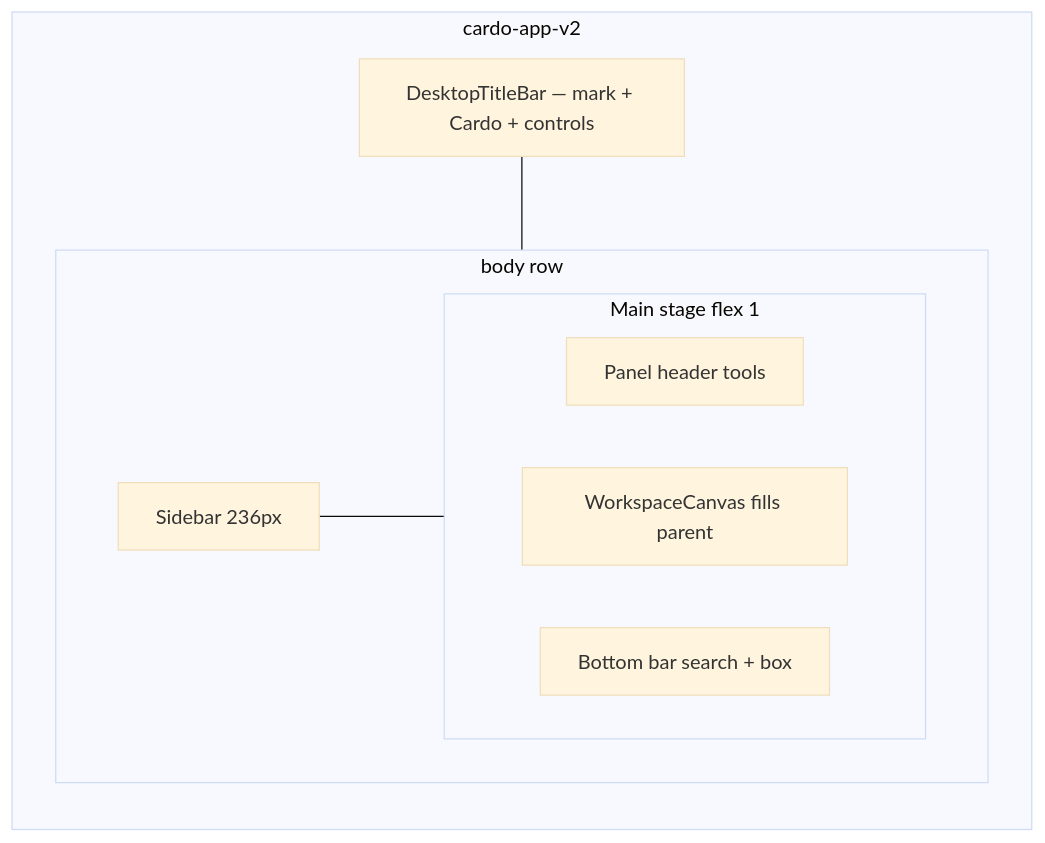
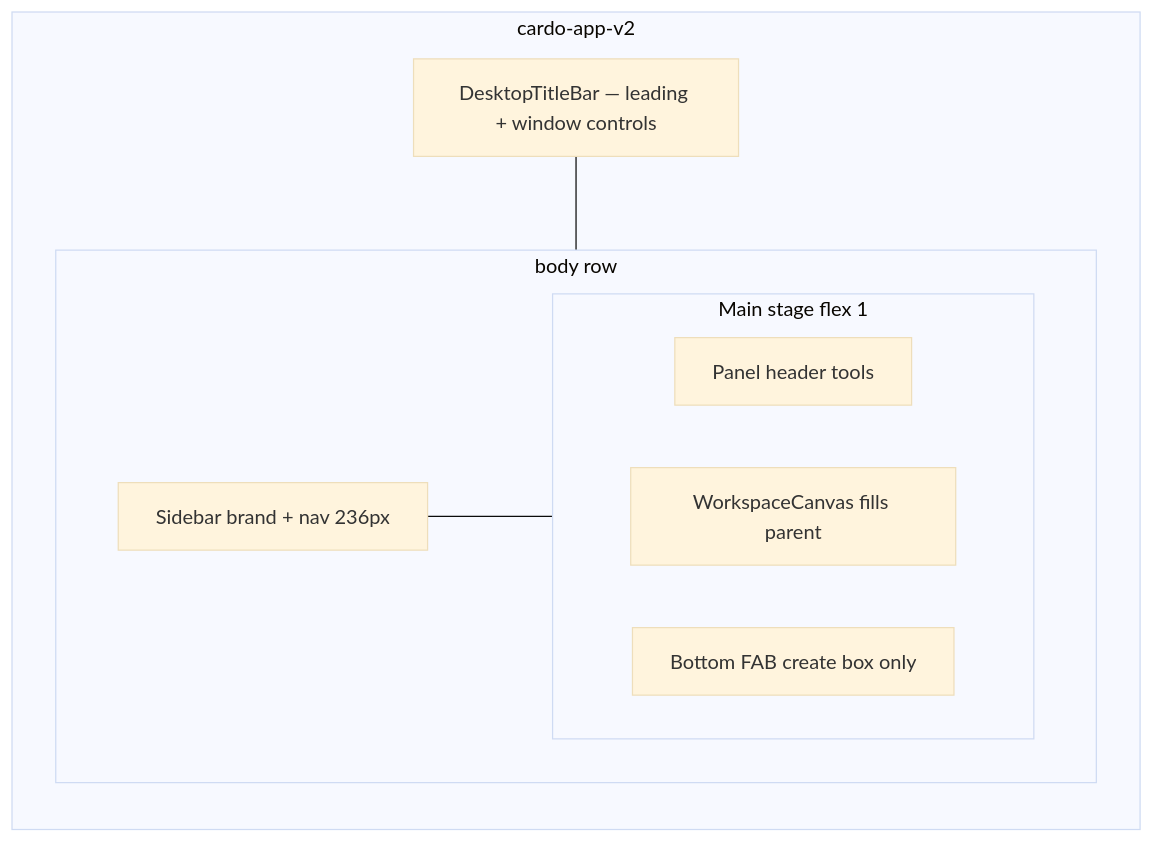
The second of 5 diagrams in docs/architecture/web-v2-codex-shell-design.md (tzhaos/Cardo), drawn with Mermaid (base theme) before and after one commit. The commit also changed other lines of this file and 65 other files, not shown here.

````diff
--- a/docs/architecture/web-v2-codex-shell-design.md
+++ b/docs/architecture/web-v2-codex-shell-design.md
@@ -236,16 +236,16 @@
 ```mermaid
 flowchart LR
   subgraph window [cardo-app-v2]
-    TB[DesktopTitleBar — mark + Cardo + controls]
+    TB[DesktopTitleBar — leading + window controls]
     subgraph body [body row]
-      SB[Sidebar 236px]
+      SB[Sidebar brand + nav 236px]
       subgraph stage [Main stage flex 1]
         PH[Panel header tools]
         CV[WorkspaceCanvas fills parent]
-        BB[Bottom bar search + box]
+        BB[Bottom FAB create box only]
       end
     end
   end
   TB --- body
   SB --- stage
 ```
````
